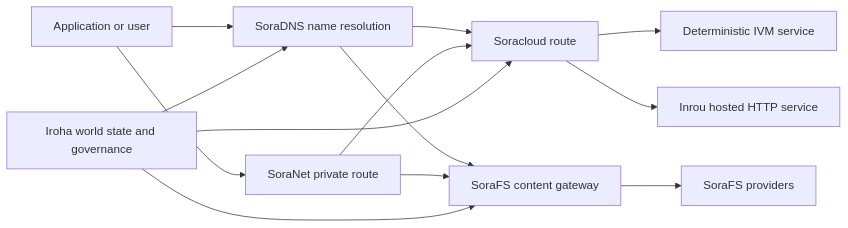
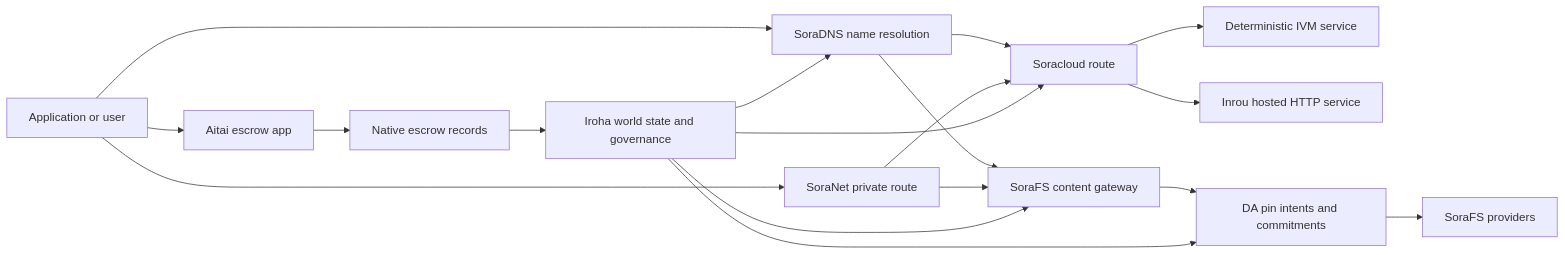
One commit to hyperledger-iroha/iroha-2-docs changed the diagram in src/blockchain/sora-nexus-services.md. Above: the diagram before and after it, drawn with Mermaid. The commit also changed other lines of this file and 67 other files, not shown here.

````diff
--- a/src/blockchain/sora-nexus-services.md
+++ b/src/blockchain/sora-nexus-services.md
@@ -21,15 +23,20 @@
 ```mermaid
 flowchart LR
     app["Application or user"] --> dns["SoraDNS name resolution"]
+    app --> aitai["Aitai escrow app"]
     dns --> route["Soracloud route"]
     dns --> content["SoraFS content gateway"]
     route --> ivm["Deterministic IVM service"]
     route --> inrou["Inrou hosted HTTP service"]
-    content --> storage["SoraFS providers"]
+    aitai --> escrow["Native escrow records"]
+    content --> da["DA pin intents and commitments"]
+    da --> storage["SoraFS providers"]
     app --> net["SoraNet private route"]
     net --> content
     net --> route
     ledger["Iroha world state and governance"] --> dns
     ledger --> route
     ledger --> content
+    ledger --> da
+    escrow --> ledger
 ```
````
